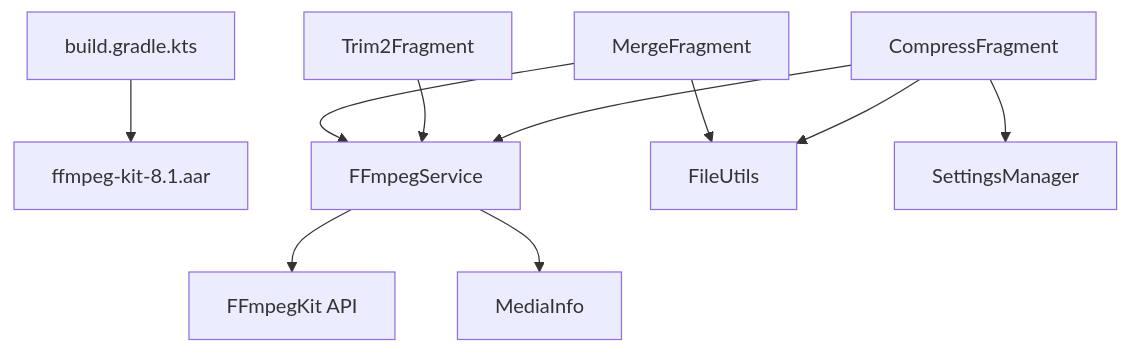
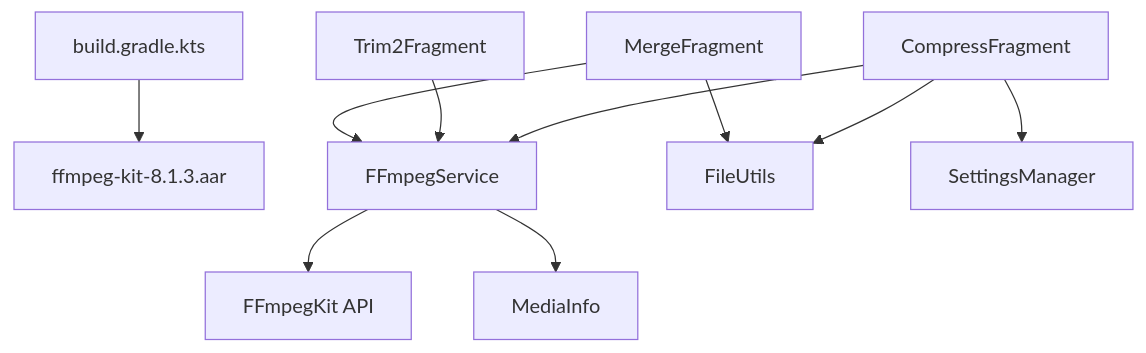
Before and after one commit to pisces312/StreamClip: the seventh of 7 diagrams in .qoder/repowiki/en/content/Build and Configuration/FFmpeg Integration.md, drawn with Mermaid. The commit also changed 10 other files, not shown here.

First line of the commit message:
build(ffmpeg): 升级到自编译 ffmpeg-kit 8.1.3

````diff
--- a/.qoder/repowiki/en/content/Build and Configuration/FFmpeg Integration.md
+++ b/.qoder/repowiki/en/content/Build and Configuration/FFmpeg Integration.md
@@ -296,12 +296,12 @@
 ```mermaid
 graph TB
-Gradle["build.gradle.kts"] --> AAR["ffmpeg-kit-8.1.aar"]
+Gradle["build.gradle.kts"] --> AAR["ffmpeg-kit-8.1.3.aar"]
 FSvc["FFmpegService"] --> Kit["FFmpegKit API"]
 FragC["CompressFragment"] --> FSvc
 FragT["Trim2Fragment"] --> FSvc
 FragM["MergeFragment"] --> FSvc
 FSvc --> MI["MediaInfo"]
 FragC --> FU["FileUtils"]
 FragM --> FU
 FragC --> SM["SettingsManager"]
 ```
````
